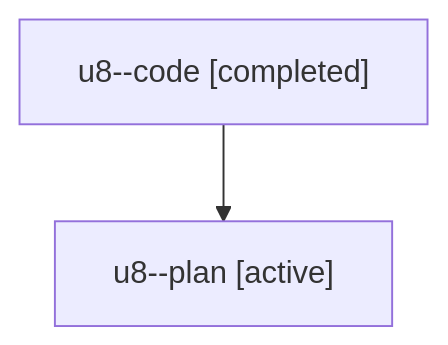
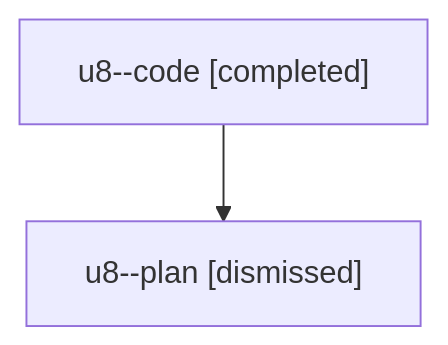
The diagram in sessions/bbugyi200.athena.u8.md (sase-org/sase--agents), drawn with Mermaid before and after one commit. The commit also changed other lines of this file and 24 other files, not shown here.

````diff
--- a/sessions/bbugyi200.athena.u8.md
+++ b/sessions/bbugyi200.athena.u8.md
@@ -9,6 +9,6 @@
 ```mermaid
 flowchart TD
   n0["u8--code [completed]"]
-  n1["u8--plan [active]"]
+  n1["u8--plan [dismissed]"]
   n0 --> n1
 ```
````
